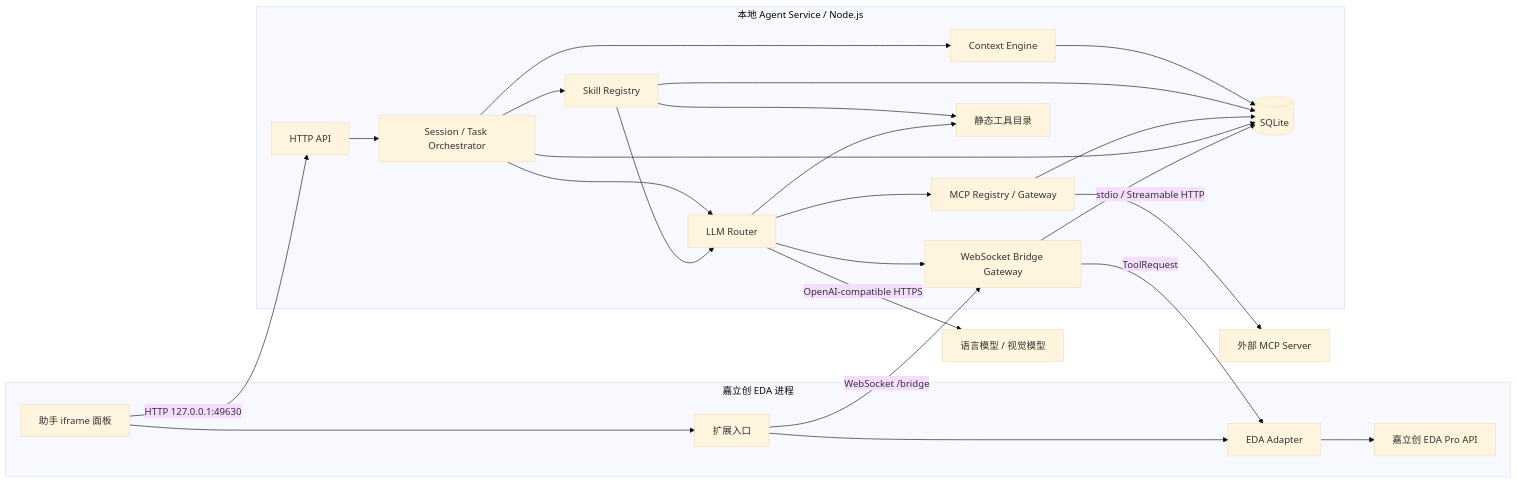
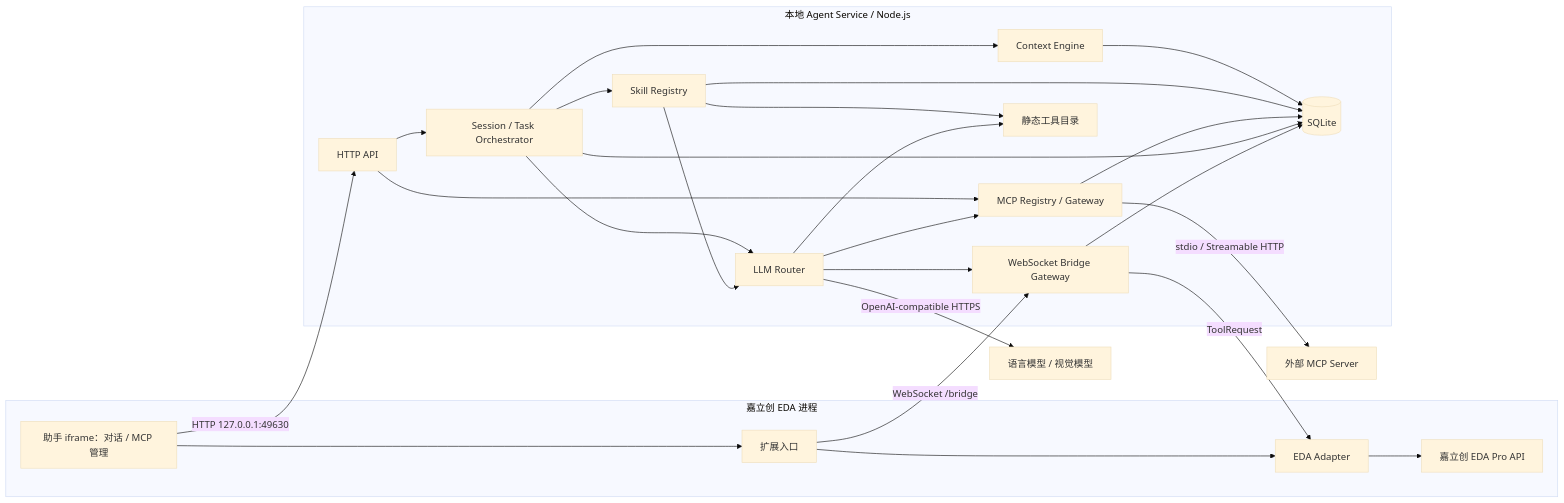
The second of 7 diagrams in docs/current-architecture.md (ferren/JLCircuit-Agent), drawn with Mermaid (base theme) before and after one commit. The commit also changed other lines of this file and 11 other files, not shown here.

````diff
--- a/docs/current-architecture.md
+++ b/docs/current-architecture.md
@@ -176,45 +176,46 @@
 ```mermaid
 flowchart LR
     subgraph EDA[嘉立创 EDA 进程]
-        UI[助手 iframe 面板]
+        UI[助手 iframe：对话 / MCP 管理]
         EXT[扩展入口]
         ADAPTER[EDA Adapter]
         API[嘉立创 EDA Pro API]
         UI --> EXT
         EXT --> ADAPTER
         ADAPTER --> API
     end
 
     subgraph LOCAL[本地 Agent Service / Node.js]
         HTTP[HTTP API]
         SESSION[Session / Task Orchestrator]
         CONTEXT[Context Engine]
         SKILLS[Skill Registry]
         MCPGW[MCP Registry / Gateway]
         LLM[LLM Router]
         CATALOG[静态工具目录]
         BRIDGE[WebSocket Bridge Gateway]
         STORE[(SQLite)]
 
         HTTP --> SESSION
+        HTTP --> MCPGW
         SESSION --> CONTEXT
         CONTEXT --> STORE
         SESSION --> LLM
         SESSION --> SKILLS
         SKILLS --> LLM
         SKILLS --> CATALOG
         SKILLS --> STORE
         LLM --> MCPGW
         MCPGW --> STORE
         LLM --> CATALOG
         LLM --> BRIDGE
         SESSION --> STORE
         BRIDGE --> STORE
     end
 
     UI -- HTTP 127.0.0.1:49630 --> HTTP
     EXT -- WebSocket /bridge --> BRIDGE
     BRIDGE -- ToolRequest --> ADAPTER
     MCPGW -- stdio / Streamable HTTP --> MCPSERVER[外部 MCP Server]
     LLM -- OpenAI-compatible HTTPS --> PROVIDER[语言模型 / 视觉模型]
 ```
````
